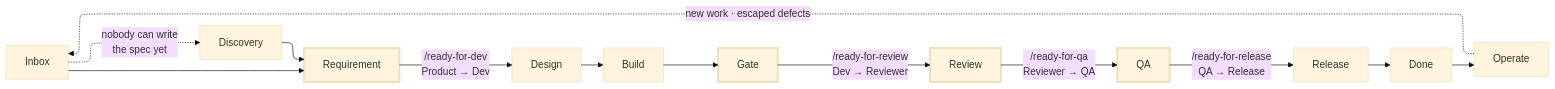
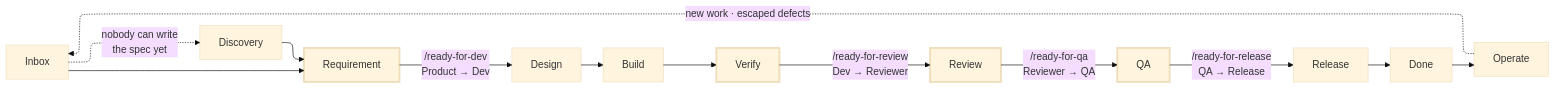
The diagram in playbook/00-overview.md (SpryElephant/mainline), drawn with Mermaid (base theme) before and after one commit. The commit also changed other lines of this file and 12 other files, not shown here.

First line of the commit message:
docs: rename the Gate station to Verify

````diff
--- a/playbook/00-overview.md
+++ b/playbook/00-overview.md
@@ -19,23 +19,23 @@
 ```mermaid
 ---
 config:
   layout: elk
 ---
 flowchart LR
   Inbox --> Requirement
   Inbox -. "nobody can write<br/>the spec yet" .-> Discovery
   Discovery --> Requirement
 
   Requirement -- "/ready-for-dev<br/>Product → Dev" --> Design
   Design --> Build
-  Build --> Gate
-  Gate -- "/ready-for-review<br/>Dev → Reviewer" --> Review
+  Build --> Verify
+  Verify -- "/ready-for-review<br/>Dev → Reviewer" --> Review
   Review -- "/ready-for-qa<br/>Reviewer → QA" --> QA
   QA -- "/ready-for-release<br/>QA → Release" --> Release
   Release --> Done
   Done --> Operate
   Operate -. "new work · escaped defects" .-> Inbox
 
   classDef handoff stroke-width:3px
-  class Requirement,Gate,Review,QA handoff
+  class Requirement,Verify,Review,QA handoff
 ```
````
